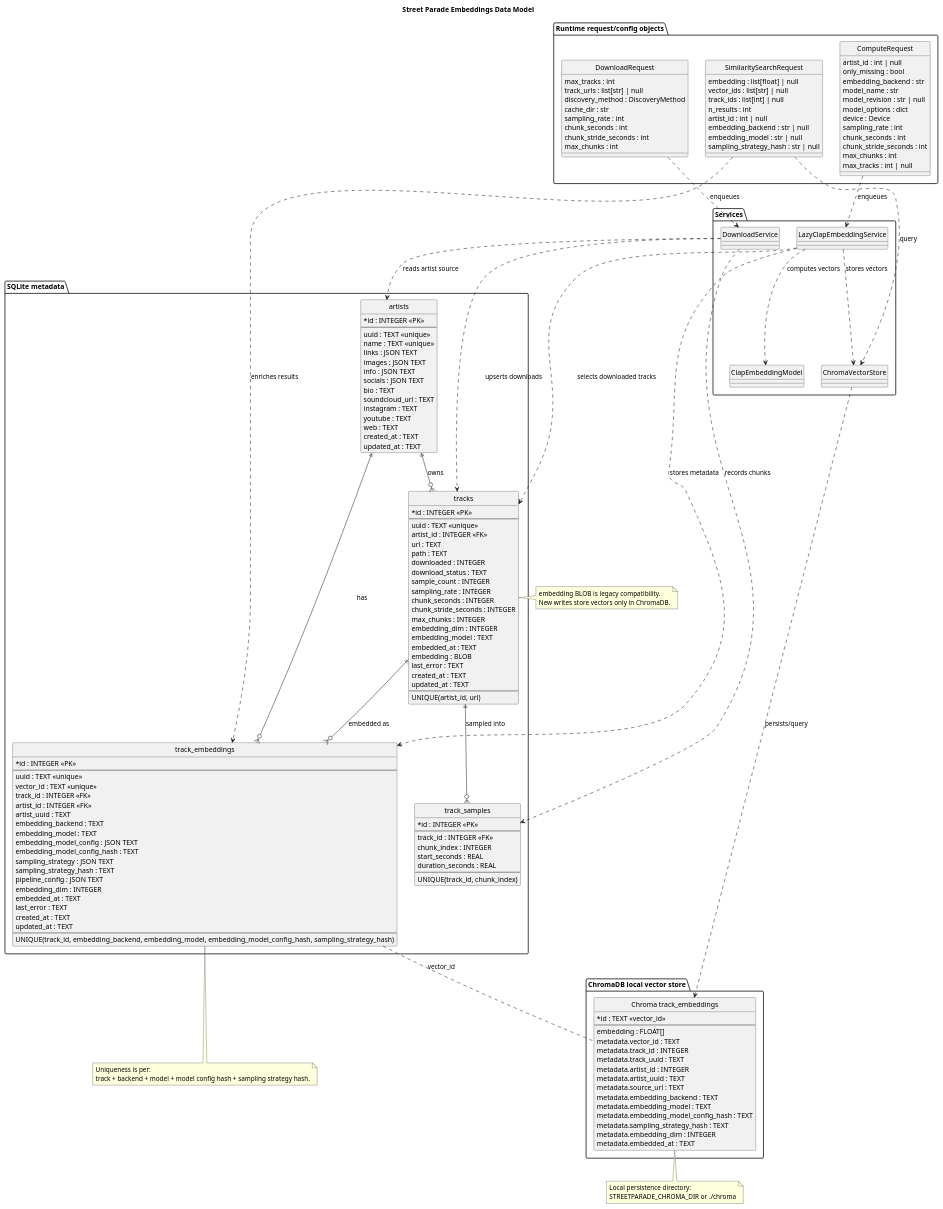
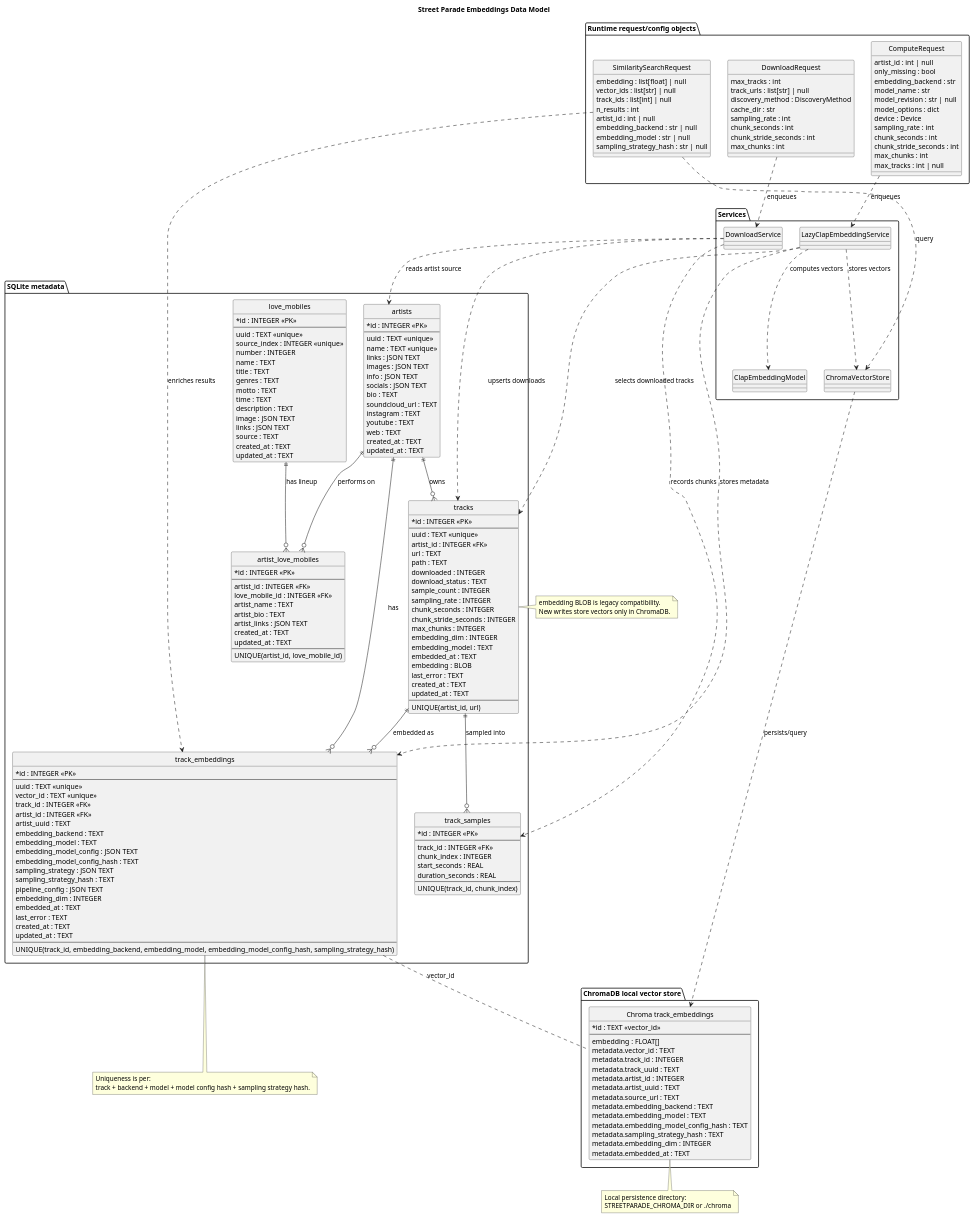
Before and after one commit to mylonasc/streetparade25_embedings: the diagram in docs/data_model.puml, drawn with PlantUML. The commit also changed 9 other files, not shown here.

Commit message:
Add love mobile artist links

```diff
--- a/docs/data_model.puml
+++ b/docs/data_model.puml
@@ -46,6 +46,39 @@
     updated_at : TEXT
     --
     UNIQUE(artist_id, url)
+  }
+
+  entity "love_mobiles" as love_mobiles {
+    * id : INTEGER <<PK>>
+    --
+    uuid : TEXT <<unique>>
+    source_index : INTEGER <<unique>>
+    number : INTEGER
+    name : TEXT
+    title : TEXT
+    genres : TEXT
+    motto : TEXT
+    time : TEXT
+    description : TEXT
+    image : JSON TEXT
+    links : JSON TEXT
+    source : TEXT
+    created_at : TEXT
+    updated_at : TEXT
+  }
+
+  entity "artist_love_mobiles" as artist_love_mobiles {
+    * id : INTEGER <<PK>>
+    --
+    artist_id : INTEGER <<FK>>
+    love_mobile_id : INTEGER <<FK>>
+    artist_name : TEXT
+    artist_bio : TEXT
+    artist_links : JSON TEXT
+    created_at : TEXT
+    updated_at : TEXT
+    --
+    UNIQUE(artist_id, love_mobile_id)
   }
 
   entity "track_samples" as track_samples {
@@ -151,6 +184,8 @@
 }
 
 artists ||--o{ tracks : owns
+artists ||--o{ artist_love_mobiles : performs on
+love_mobiles ||--o{ artist_love_mobiles : has lineup
 tracks ||--o{ track_samples : sampled into
 artists ||--o{ track_embeddings : has
 tracks ||--o{ track_embeddings : embedded as
```
